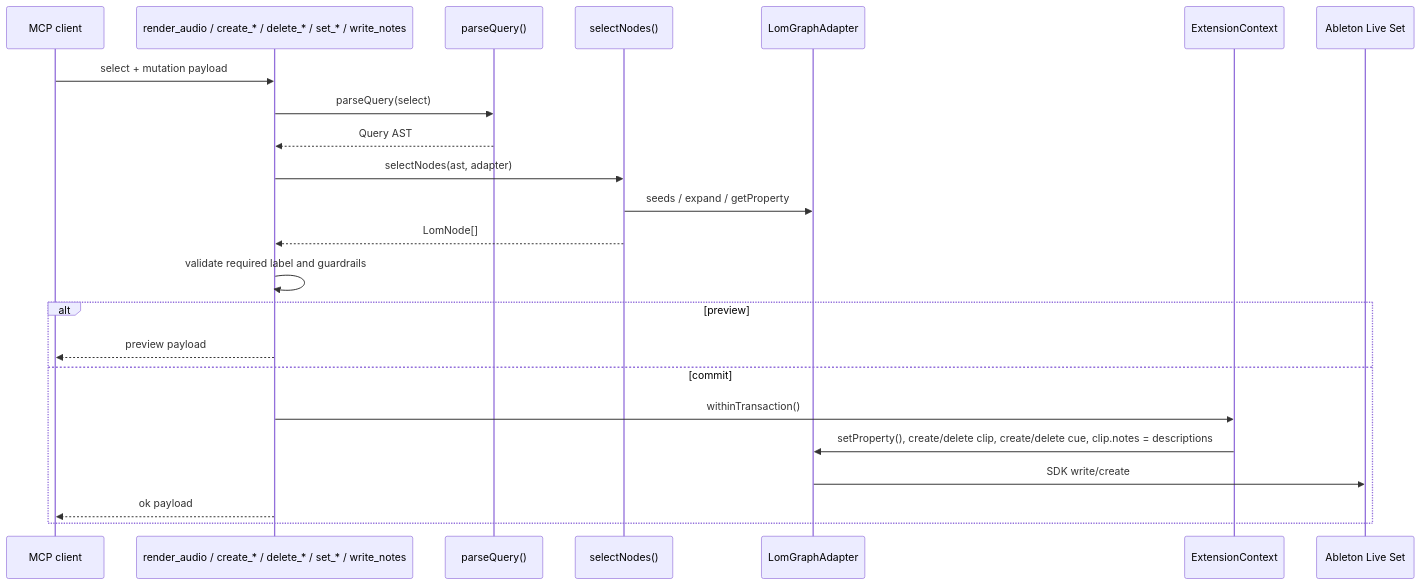
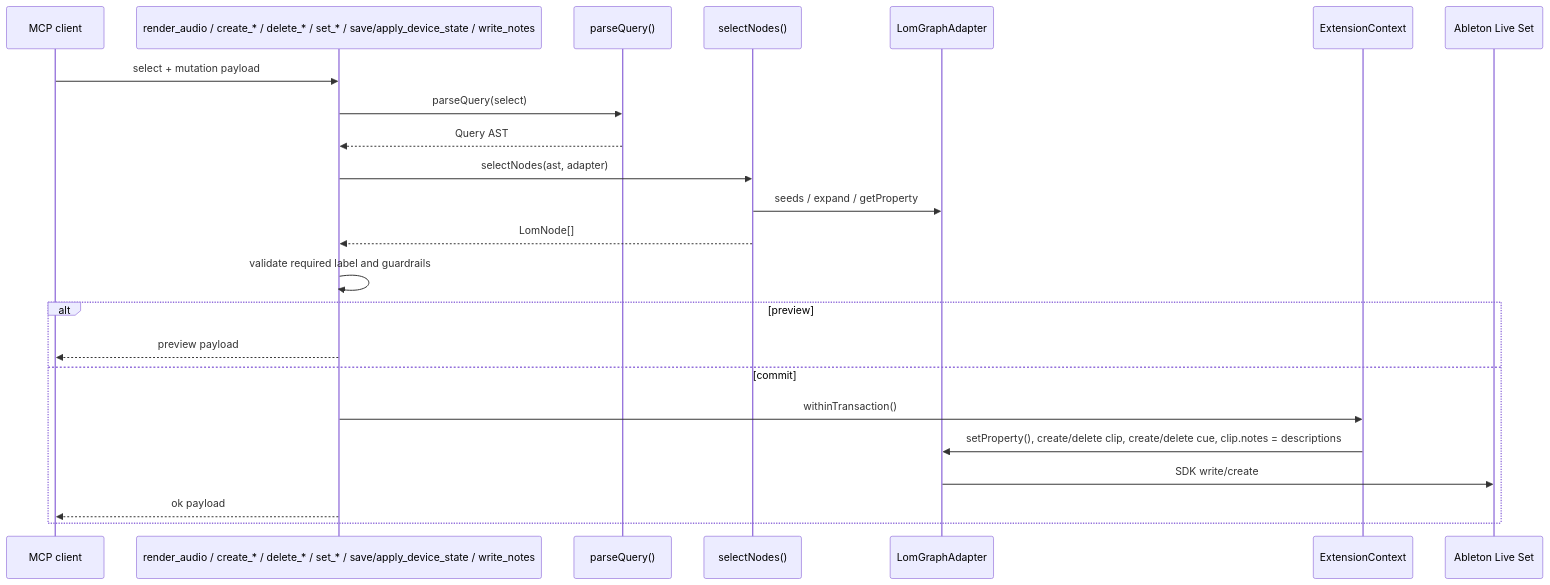
The sixth of 7 diagrams in llm/ARCHITECTURE.md (philtzjp/live-connector), drawn with Mermaid before and after one commit. The commit also changed other lines of this file and 1 other file, not shown here.

````diff
--- a/llm/ARCHITECTURE.md
+++ b/llm/ARCHITECTURE.md
@@ -178,26 +181,26 @@
 ```mermaid
 sequenceDiagram
     participant client as MCP client
-    participant tool as render_audio / create_* / delete_* / set_* / write_notes
+    participant tool as render_audio / create_* / delete_* / set_* / save/apply_device_state / write_notes
     participant parser as parseQuery()
     participant selector as selectNodes()
     participant adapter as LomGraphAdapter
     participant context as ExtensionContext
     participant live as Ableton Live Set
 
     client->>tool: select + mutation payload
     tool->>parser: parseQuery(select)
     parser-->>tool: Query AST
     tool->>selector: selectNodes(ast, adapter)
     selector->>adapter: seeds / expand / getProperty
     selector-->>tool: LomNode[]
     tool->>tool: validate required label and guardrails
     alt preview
         tool-->>client: preview payload
     else commit
         tool->>context: withinTransaction()
         context->>adapter: setProperty(), create/delete clip, create/delete cue, clip.notes = descriptions
         adapter->>live: SDK write/create
         tool-->>client: ok payload
     end
 ```
````
